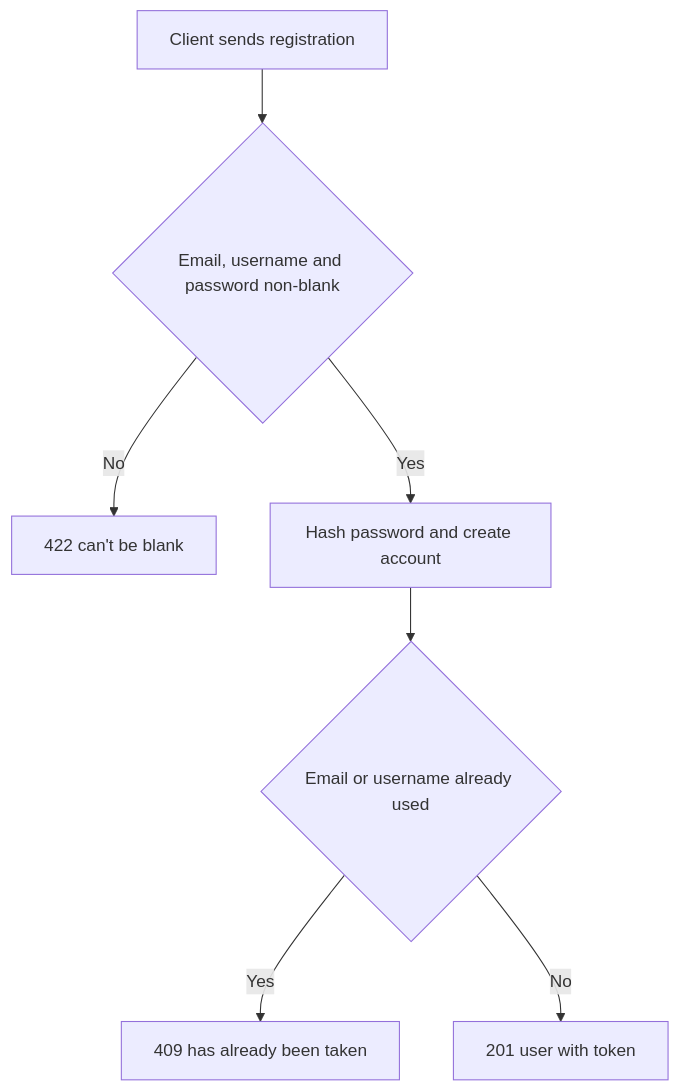
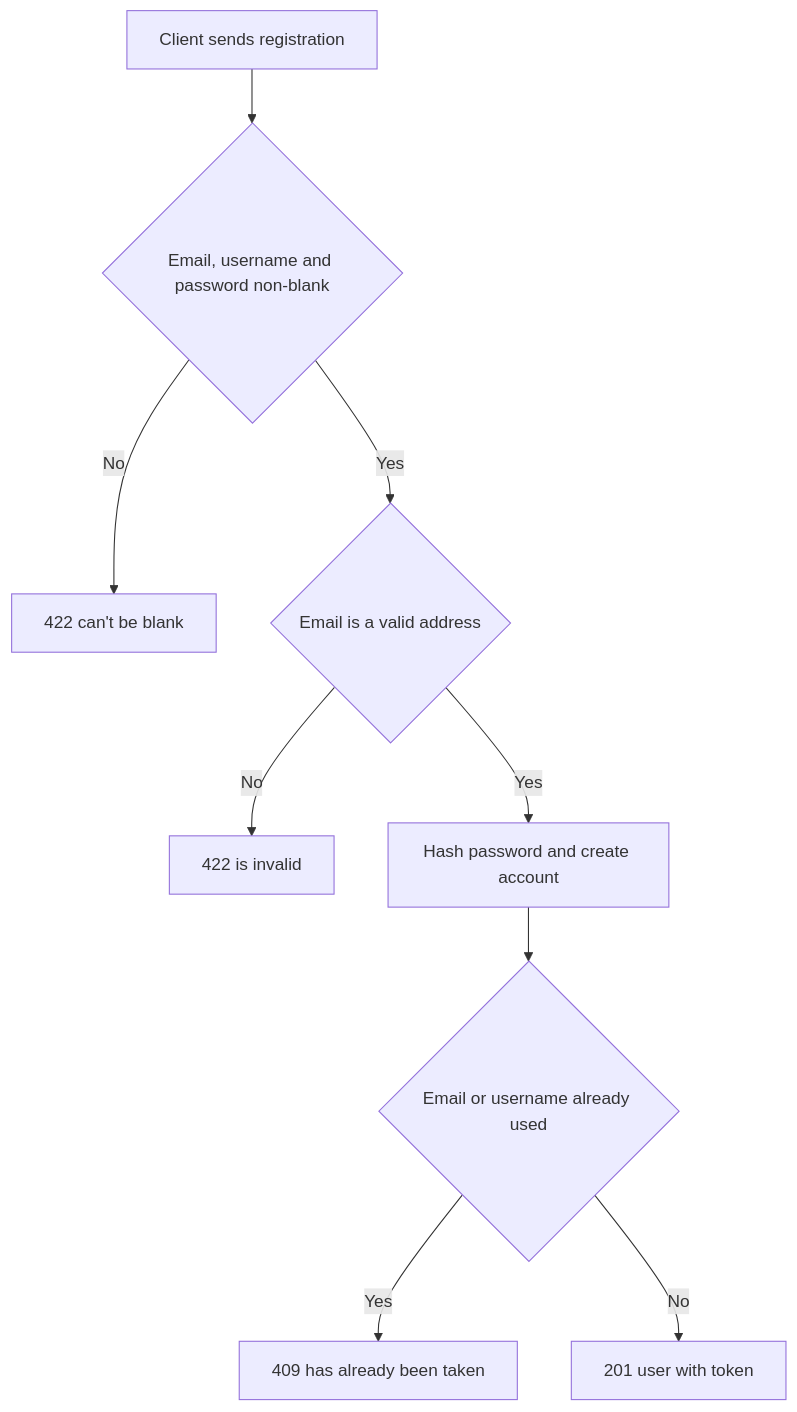
The diagram in usage/docs/specs/api/users/registration.md (Sienna94/crumbs-spec-conduit), drawn with Mermaid before and after one commit. The commit also changed other lines of this file and 4 other files, not shown here.

````diff
--- a/usage/docs/specs/api/users/registration.md
+++ b/usage/docs/specs/api/users/registration.md
@@ -31,9 +32,11 @@
 ```mermaid
 flowchart TD
     A[Client sends registration] --> B{Email, username and password non-blank}
     B -->|No| C[422 can't be blank]
-    B -->|Yes| D[Hash password and create account]
+    B -->|Yes| B2{Email is a valid address}
+    B2 -->|No| C2[422 is invalid]
+    B2 -->|Yes| D[Hash password and create account]
     D --> E{Email or username already used}
     E -->|Yes| F[409 has already been taken]
     E -->|No| G[201 user with token]
 ```
````
